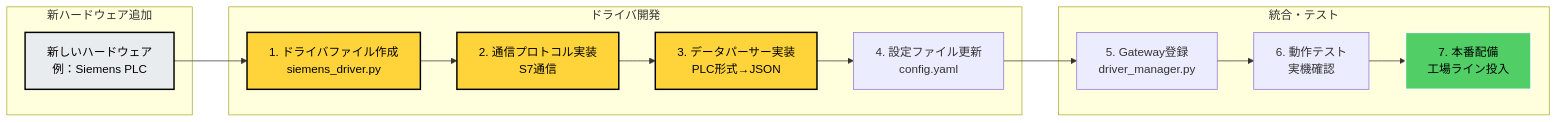
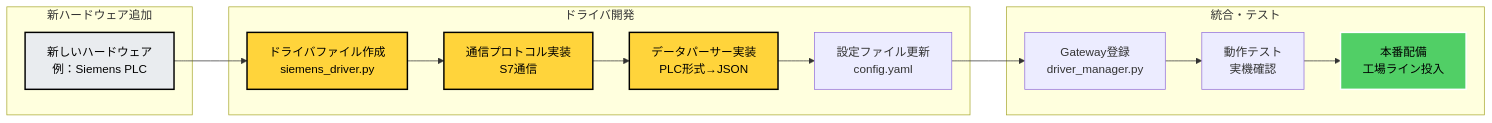
The sixth of 15 diagrams in docs/new-system/architecture/system-overview-diagrams.md (w-pinkietech/iot4-copy), drawn with Mermaid before and after one commit. The commit also changed other lines of this file, not shown here.

First line of the commit message:
docs: Fix Mermaid diagram syntax and remove parallel operation architecture

````diff
--- a/docs/new-system/architecture/system-overview-diagrams.md
+++ b/docs/new-system/architecture/system-overview-diagrams.md
@@ -286,28 +286,28 @@
 ```mermaid
 graph LR
     subgraph "新ハードウェア追加"
         NEW_HW[新しいハードウェア<br/>例：Siemens PLC]
     end
     
     subgraph "ドライバ開発"
-        STEP1[1. ドライバファイル作成<br/>siemens_driver.py]
-        STEP2[2. 通信プロトコル実装<br/>S7通信]
-        STEP3[3. データパーサー実装<br/>PLC形式→JSON]
-        STEP4[4. 設定ファイル更新<br/>config.yaml]
+        STEP1[ドライバファイル作成<br/>siemens_driver.py]
+        STEP2[通信プロトコル実装<br/>S7通信]
+        STEP3[データパーサー実装<br/>PLC形式→JSON]
+        STEP4[設定ファイル更新<br/>config.yaml]
     end
     
     subgraph "統合・テスト"
-        STEP5[5. Gateway登録<br/>driver_manager.py]
-        STEP6[6. 動作テスト<br/>実機確認]
-        STEP7[7. 本番配備<br/>工場ライン投入]
+        STEP5[Gateway登録<br/>driver_manager.py]
+        STEP6[動作テスト<br/>実機確認]
+        STEP7[本番配備<br/>工場ライン投入]
     end
     
     NEW_HW --> STEP1 --> STEP2 --> STEP3 --> STEP4
     STEP4 --> STEP5 --> STEP6 --> STEP7
     
     style NEW_HW fill:#e9ecef,stroke:#000,stroke-width:2px,color:#000
     style STEP1 fill:#ffd43b,stroke:#000,stroke-width:2px,color:#000
     style STEP2 fill:#ffd43b,stroke:#000,stroke-width:2px,color:#000
     style STEP3 fill:#ffd43b,stroke:#000,stroke-width:2px,color:#000
     style STEP7 fill:#51cf66,stroke:#fff,stroke-width:2px,color:#000
 ```
````
